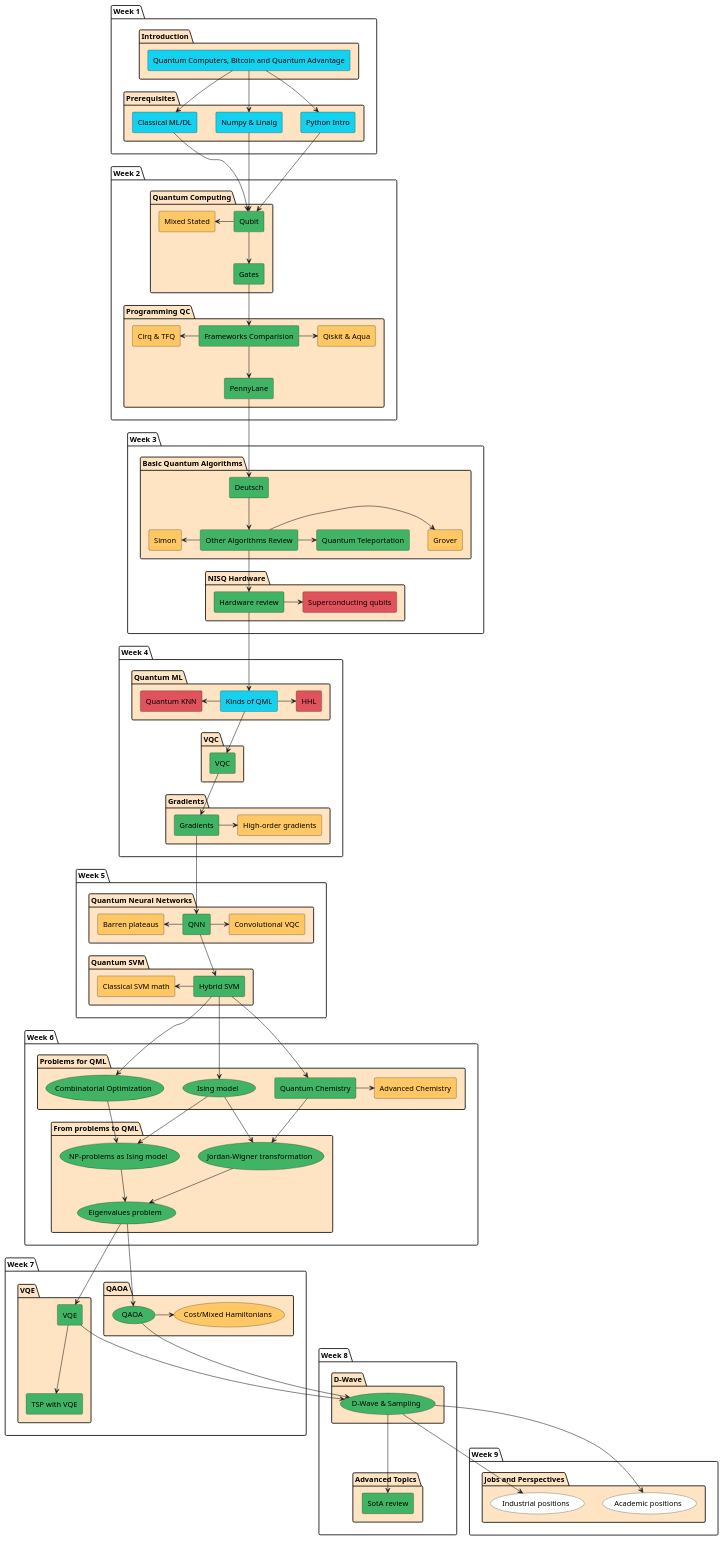
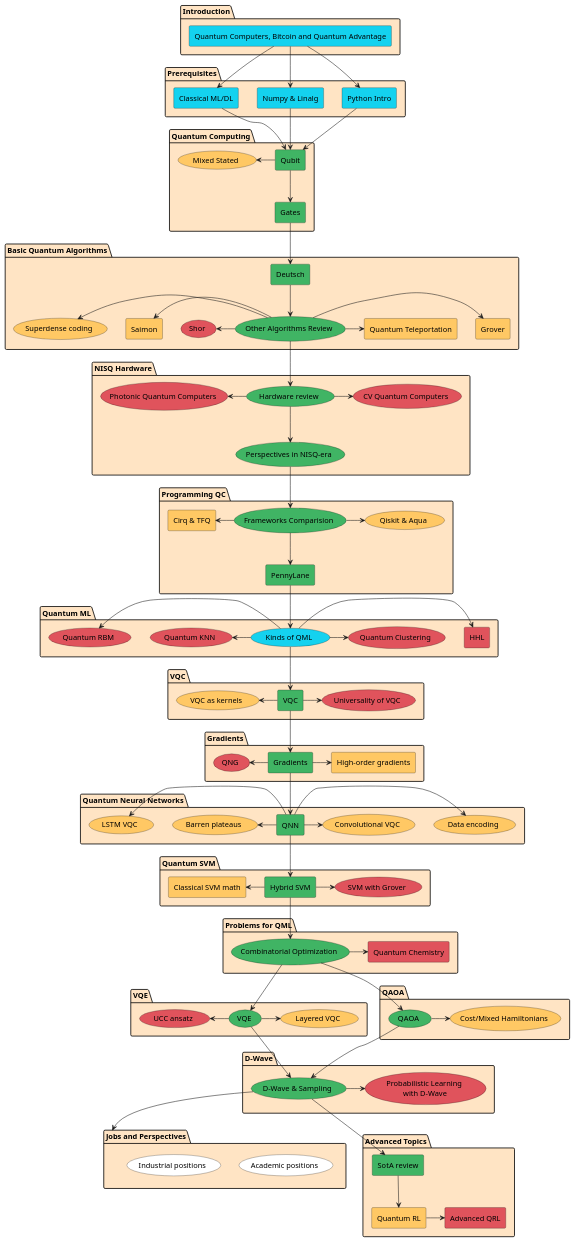
One commit to patsko8a/qmlcourse changed the diagram in _static/index/program.plantuml. Above: the diagram before and after it, drawn with PlantUML. The commit also changed 191 other files, not shown here.

```diff
--- a/_static/index/program.plantuml
+++ b/_static/index/program.plantuml
@@ -1,189 +1,182 @@
 @startuml
-package "Week 1" {
-        package "Introduction" #Bisque {
-                rectangle "Quantum Computers, Bitcoin and Quantum Advantage" as intro1 #14D2EF
-        }
-
-        package "Prerequisites" #Bisque {
-                rectangle "Python Intro" as python #14D2EF
-                rectangle "Numpy & Linalg" as numpy #14D2EF
-                rectangle "Classical ML/DL" as ml #14D2EF
-        }
+package "Introduction" #Bisque {
+        rectangle "Quantum Computers, Bitcoin and Quantum Advantage" as intro1 #14D2EF
 }
 
-package "Week 2" {
-        package "Quantum Computing" as qci #Bisque {
-                rectangle "Qubit" as qubit #40B464
-                rectangle "Gates" as gates #40B464
-                rectangle "Mixed Stated" as mixed #FFC864
-        }
-
-        package "Programming QC" #Bisque {
-                rectangle "Frameworks Comparision" as progcomparision #40B464
-                rectangle "PennyLane" as pennylane #40B464
-                rectangle "Qiskit & Aqua" as qiskit #FFC864
-                rectangle "Cirq & TFQ" as cirq #FFC864
-        }
+package "Prerequisites" #Bisque {
+        rectangle "Python Intro" as python #14D2EF
+        rectangle "Numpy & Linalg" as numpy #14D2EF
+        rectangle "Classical ML/DL" as ml #14D2EF
 }
 
-package "Week 3" {
-        package "Basic Quantum Algorithms" as qalgo #Bisque {
-                rectangle "Deutsch" as deutsch #40B464
-                rectangle "Other Algorithms Review" as advanced_algos #40B464
-                rectangle "Grover" as grover #FFC864
-                rectangle "Quantum Teleportation" as qtp #40B464
-                rectangle "Simon" as saimon #FFC864
-        }
-
-        package "NISQ Hardware" #Bisque {
-                rectangle "Hardware review" as review #40B464
-                rectangle "Superconducting qubits" as schard #E0535C
-        }
+package "Quantum Computing" as qci #Bisque {
+        rectangle "Qubit" as qubit #40B464
+        rectangle "Gates" as gates #40B464
+        usecase "Mixed Stated" as mixed #FFC864
 }
 
-package "Week 4" {
-        package "Quantum ML" #Bisque {
-                rectangle "Kinds of QML" as qml_general #14D2EF
-                rectangle "HHL" as hhl #E0535C
-                rectangle "Quantum KNN" as qknn #E0535C
-        }
-
-        package "VQC" #Bisque {
-                rectangle "VQC" as vqc #40B464
-        }
-
-        package "Gradients" #Bisque {
-                rectangle "Gradients" as grad #40B464
-                rectangle "High-order gradients" as hograd #FFC864
-        }
+package "Basic Quantum Algorithms" as qalgo #Bisque {
+        rectangle "Deutsch" as deutsch #40B464
+        usecase "Other Algorithms Review" as advanced_algos #40B464
+        rectangle "Grover" as grover #FFC864
+        rectangle "Quantum Teleportation" as qtp #FFC864
+        rectangle "Saimon" as saimon #FFC864
+        usecase "Shor" as shor #E0535C
+        usecase "Superdense coding" as superdense_coding #FFC864
 }
 
-package "Week 5" {
-        package "Quantum Neural Networks" #Bisque {
-                rectangle "QNN" as qnn #40B464
-                rectangle "Barren plateaus" as barren #FFC864
-                rectangle "Convolutional VQC" as convvqc #FFC864
-        }
-
-        package "Quantum SVM" #Bisque {
-                rectangle "Hybrid SVM" as hsvm #40B464
-                rectangle "Classical SVM math" as csvm #FFC864
-        }
+package "NISQ Hardware" #Bisque {
+        usecase "Hardware review" as review #40B464
+        usecase "Perspectives in NISQ-era" as nisq #40B464
+        usecase "Photonic Quantum Computers" as photonic #E0535C
+        usecase "CV Quantum Computers" as cvq #E0535C
 }
 
-package "Week 6" {
-        package "Problems for QML" #Bisque {
-                usecase "Ising model" as ising #40B464
-                usecase "Combinatorial Optimization" as copt #40B464
-                rectangle "Quantum Chemistry" as qchem #40B464
-                rectangle "Advanced Chemistry" as aqchem #FFC864
-        }
-
-        package "From problems to QML" #Bisque {
-                usecase "NP-problems as Ising model" as npising #40B464
-                usecase "Jordan-Wigner transformation" as jordan #40B464
-                usecase "Eigenvalues problem" as eigenvals #40B464
-        }
+package "Programming QC" #Bisque {
+        usecase "Frameworks Comparision" as progcomparision #40B464
+        rectangle "PennyLane" as pennylane #40B464
+        usecase "Qiskit & Aqua" as qiskit #FFC864
+        rectangle "Cirq & TFQ" as cirq #FFC864
 }
 
-package "Week 7" {
-        package "VQE" #Bisque {
-                rectangle "VQE" as vqe #40B464
-                rectangle "TSP with VQE" as tspvqe #40B464
-        }
-
-        package "QAOA" #Bisque {
-                usecase "QAOA" as qaoa #40B464
-                usecase "Cost/Mixed Hamiltonians" as hams #FFC864
-        }
+package "Quantum ML" #Bisque {
+        usecase "Kinds of QML" as qml_general #14D2EF
+        rectangle "HHL" as hhl #E0535C
+        usecase "Quantum KNN" as qknn #E0535C
+        usecase "Quantum Clustering" as qclustering #E0535C
+        usecase "Quantum RBM" as qrbm #E0535C
 }
 
-package "Week 8" {
-        package "D-Wave" #Bisque {
-                usecase "D-Wave & Sampling" as dwave #40B464
-        }
-
-        package "Advanced Topics" as adv #Bisque {
-                rectangle "SotA review" as sota #40B464
-        }
+package "VQC" #Bisque {
+        rectangle "VQC" as vqc #40B464
+        usecase "VQC as kernels" as kernelvqc #FFC864
+        usecase "Universality of VQC" as univvqc #E0535C
 }
 
-package "Week 9" {
-        package "Jobs and Perspectives" as jobs #Bisque {
-                usecase "Academic positions" as academic #White
-                usecase "Industrial positions" as industrial #White
-        }
+package "Gradients" #Bisque {
+        rectangle "Gradients" as grad #40B464
+        rectangle "High-order gradients" as hograd #FFC864
+        usecase "QNG" as qng #E0535C
 }
 
+package "Quantum Neural Networks" #Bisque {
+        rectangle "QNN" as qnn #40B464
+        usecase "Barren plateaus" as barren #FFC864
+        usecase "Data encoding" as encoding #FFC864
+        usecase "Convolutional VQC" as convvqc #FFC864
+        usecase "LSTM VQC" as lstm #FFC864
+}
+
+package "Quantum SVM" #Bisque {
+        rectangle "Hybrid SVM" as hsvm #40B464
+        rectangle "Classical SVM math" as csvm #FFC864
+        usecase "SVM with Grover" as gsvm #E0535C
+}
+
+package "Problems for QML" #Bisque {
+        usecase "Combinatorial Optimization" as copt #40B464
+        rectangle "Quantum Chemistry" as qchem #E0535C
+}
+
+package "VQE" #Bisque {
+        usecase "VQE" as vqe #40B464
+        usecase "Layered VQC" as lvqe #FFC864
+        usecase "UCC ansatz" as uuc #E0535C
+}
+
+package "QAOA" #Bisque {
+        usecase "QAOA" as qaoa #40B464
+        usecase "Cost/Mixed Hamiltonians" as hams #FFC864
+}
+
+package "D-Wave" #Bisque {
+        usecase "D-Wave & Sampling" as dwave #40B464
+        usecase "Probabilistic Learning\n with D-Wave" as probml #E0535C
+}
+
+package "Jobs and Perspectives" as jobs #Bisque {
+        usecase "Academic positions" as academic #White
+        usecase "Industrial positions" as industrial #White
+}
+
+package "Advanced Topics" as adv #Bisque {
+        rectangle "SotA review" as sota #40B464
+        rectangle "Quantum RL" as qrl #FFC864
+        rectangle "Advanced QRL" as aqrl #E0535C
+}
 
 intro1 --> python
 intro1 --> numpy
 intro1 --> ml
 
 python --> qubit
 numpy --> qubit
 ml --> qubit
 
 qubit --> gates
 mixed <- qubit
+gates --> deutsch
 
-gates --> progcomparision
+deutsch --> advanced_algos
+advanced_algos -> grover
+shor <- advanced_algos
+advanced_algos -> qtp
+saimon <- advanced_algos
+superdense_coding <- advanced_algos
+
+advanced_algos --> review
+review --> nisq
+photonic <- review
+review -> cvq
+
+nisq --> progcomparision
 progcomparision --> pennylane
 cirq <- progcomparision
 progcomparision -> qiskit
 
-pennylane --> deutsch
-
-deutsch --> advanced_algos
-advanced_algos -> grover
-advanced_algos -> qtp
-saimon <- advanced_algos
-
-advanced_algos --> review
-review -> schard
-
-review --> qml_general
+pennylane --> qml_general
 
 qml_general -> hhl
 qknn <- qml_general
+qml_general -> qclustering
+qrbm <- qml_general
 
 qml_general --> vqc
+kernelvqc <- vqc
+vqc -> univvqc
 
 vqc --> grad
+qng <- grad
 grad -> hograd
 
 grad --> qnn
 barren <- qnn
+qnn -> encoding
+lstm <- qnn
 qnn -> convvqc
 
 qnn --> hsvm
 csvm <- hsvm
+hsvm -> gsvm
 
-hsvm --> ising
 hsvm --> copt
-hsvm --> qchem
-qchem -> aqchem
-qchem --> jordan
-ising --> npising
-ising --> jordan
-copt --> npising
+copt -> qchem
 
-npising --> eigenvals
-jordan --> eigenvals
+copt --> vqe
+uuc <- vqe
+vqe -> lvqe
 
-eigenvals --> vqe
-eigenvals --> qaoa
-
-vqe --> tspvqe
-
+copt --> qaoa
 qaoa -> hams
 
 qaoa --> dwave
 vqe --> dwave
+dwave -> probml
 
-dwave --> academic
-dwave --> industrial
+dwave --> jobs
 
 dwave --> sota
+sota --> qrl
+qrl -> aqrl
 
 @enduml
```
